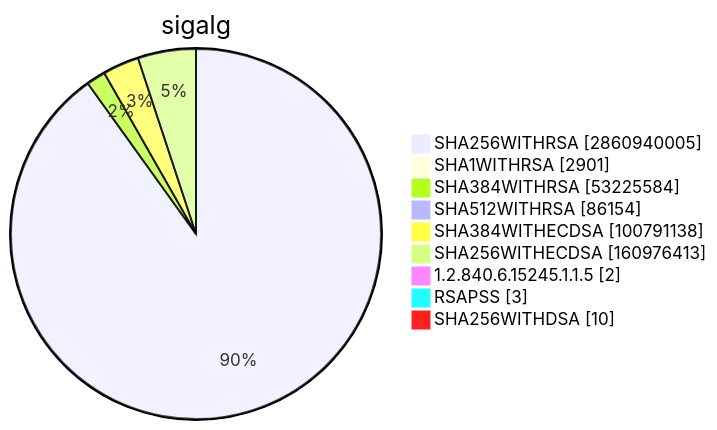
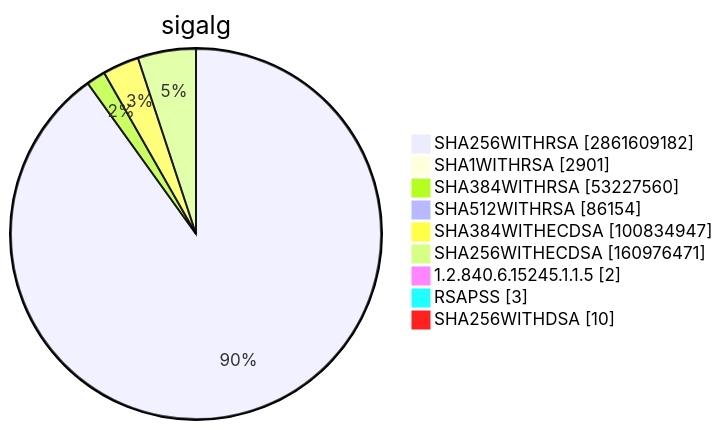
One commit to christiankrug/ctmonitor_visualization changed diagram 15 of 15 in TOTAL/README.md. Above: the diagram before and after it, drawn with Mermaid. The commit also changed other lines of this file, not shown here.

````diff
--- a/TOTAL/README.md
+++ b/TOTAL/README.md
@@ -6207,13 +6207,13 @@
 ```mermaid
 pie showData
 title sigalg
-"SHA256WITHRSA" :2860940005
+"SHA256WITHRSA" :2861609182
 "SHA1WITHRSA" :2901
-"SHA384WITHRSA" :53225584
+"SHA384WITHRSA" :53227560
 "SHA512WITHRSA" :86154
-"SHA384WITHECDSA" :100791138
-"SHA256WITHECDSA" :160976413
+"SHA384WITHECDSA" :100834947
+"SHA256WITHECDSA" :160976471
 "1.2.840.6.15245.1.1.5" :2
 "RSAPSS" :3
 "SHA256WITHDSA" :10
 ```
````
